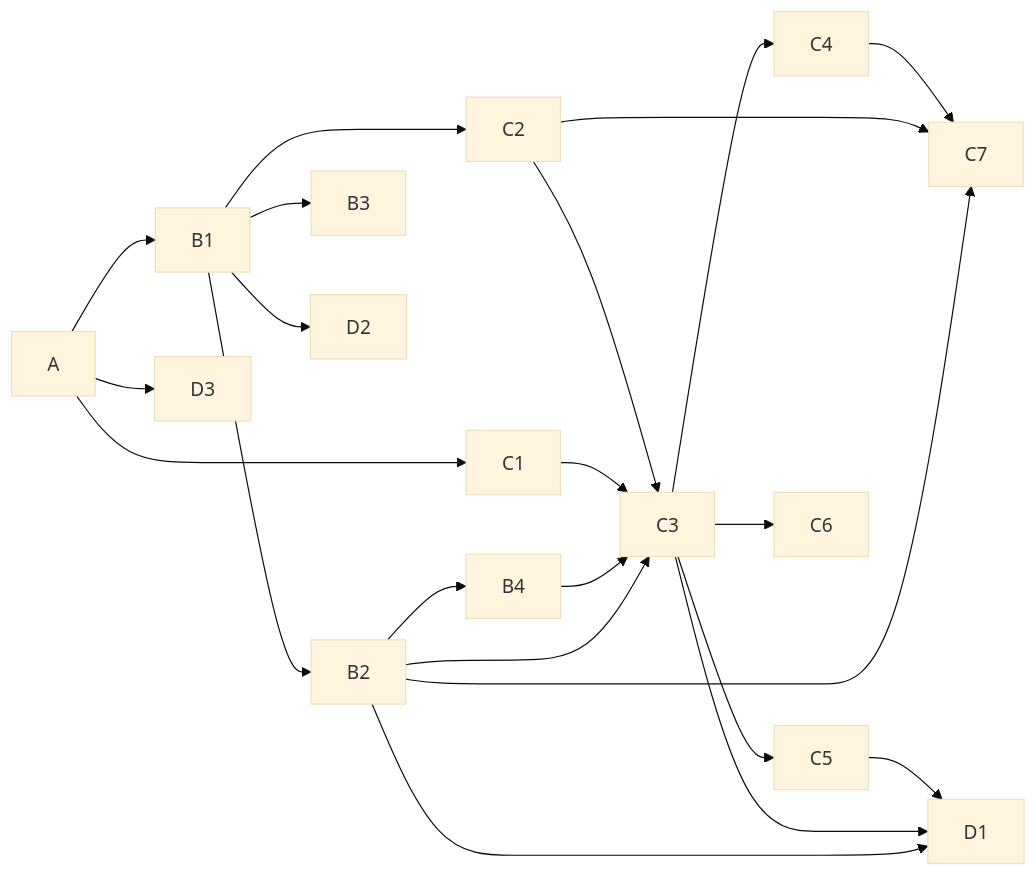
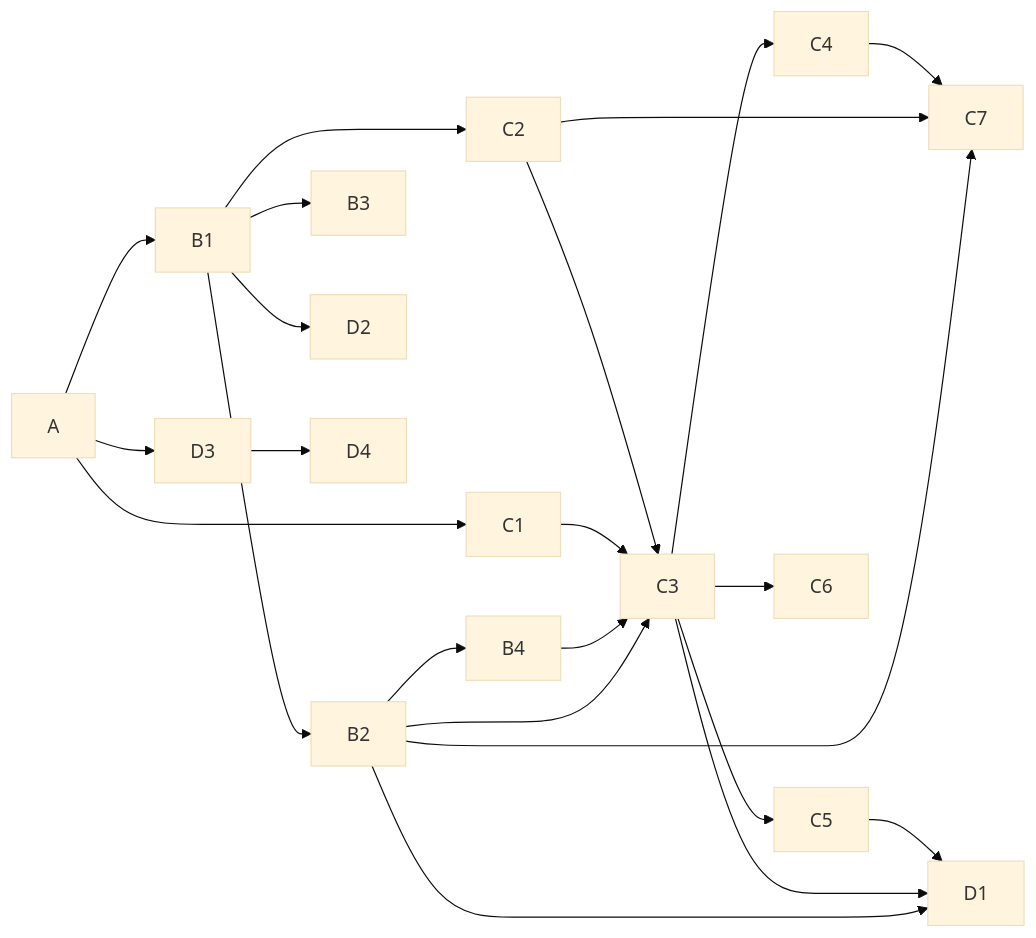
One commit to HoyoungParkme/Insurance-Helper changed the first of 2 diagrams in docs/specs/11-CODE/INS-CODE-002.md. Above: the diagram before and after it, drawn with Mermaid (base theme). The commit also changed other lines of this file, not shown here.

````diff
--- a/docs/specs/11-CODE/INS-CODE-002.md
+++ b/docs/specs/11-CODE/INS-CODE-002.md
@@ -30,22 +30,23 @@
 ```mermaid
 flowchart LR
   A --> B1 --> B2 --> B4
   B1 --> B3
   B1 --> C2
   B1 --> D2
   A --> C1
   A --> D3
+  D3 --> D4
   B2 --> C3
   B4 --> C3
   C1 --> C3
   C2 --> C3
   C3 --> C4
   C3 --> C5
   C3 --> C6
   B2 --> C7
   C2 --> C7
   C4 --> C7
   B2 --> D1
   C3 --> D1
   C5 --> D1
 ```
````
